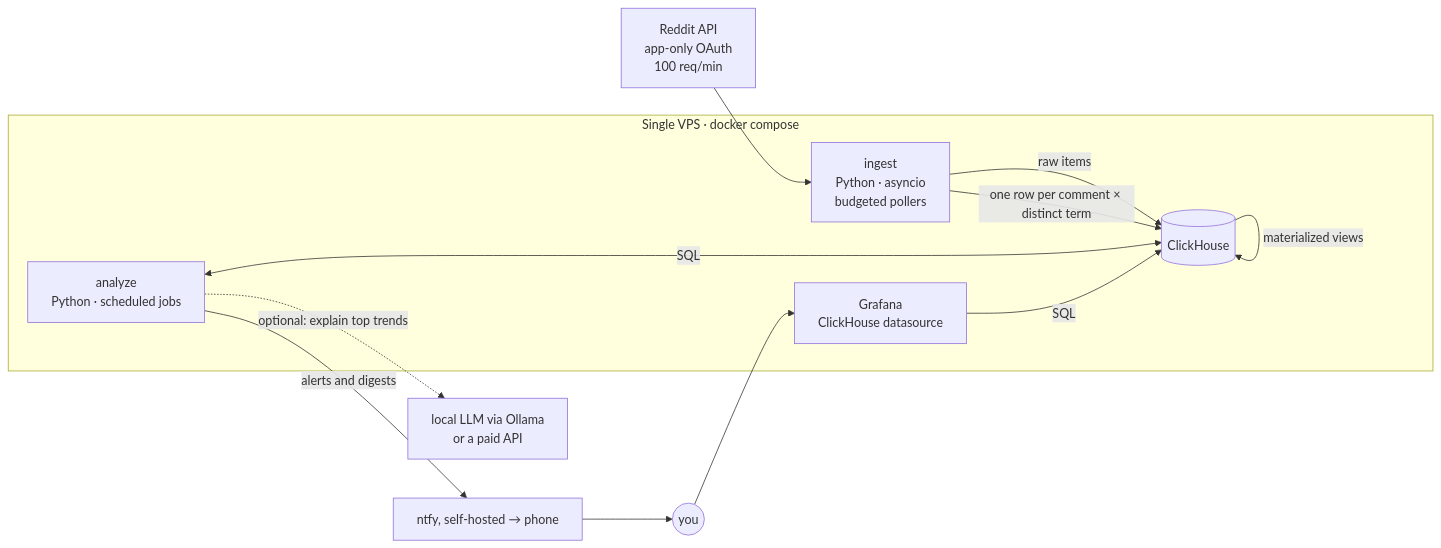
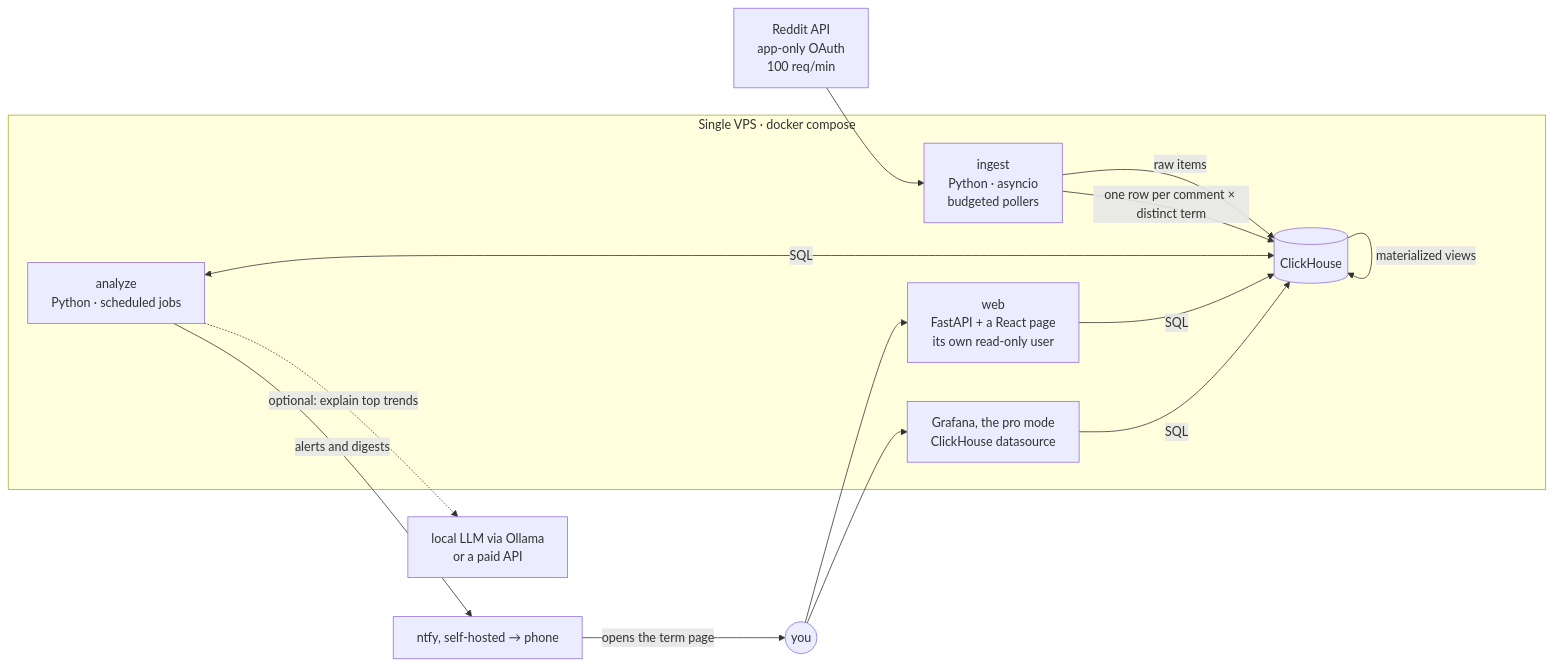
One commit to Keimeno/word-growth-rate-analyzer changed the diagram in docs/ARCHITECTURE.md. Above: the diagram before and after it, drawn with Mermaid. The commit also changed other lines of this file and 4 other files, not shown here.

Commit message:
Web dashboard as built: the plan's status and §17, README's dashboard and development sections with the brand's header and descriptor, ARCHITECTURE's web dashboard, BRAND §11 done but Grafana's colours

````diff
--- a/docs/ARCHITECTURE.md
+++ b/docs/ARCHITECTURE.md
@@ -58,17 +58,19 @@
 ```mermaid
 flowchart LR
   R[Reddit API<br/>app-only OAuth<br/>100 req/min] --> I
 
   subgraph VPS [Single VPS · docker compose]
     I[ingest<br/>Python · asyncio<br/>budgeted pollers] -->|raw items| C[(ClickHouse)]
     I -->|one row per comment × distinct term| C
     C -->|materialized views| C
     A[analyze<br/>Python · scheduled jobs] <-->|SQL| C
-    G[Grafana<br/>ClickHouse datasource] -->|SQL| C
+    W[web<br/>FastAPI + a React page<br/>its own read-only user] -->|SQL| C
+    G[Grafana, the pro mode<br/>ClickHouse datasource] -->|SQL| C
   end
 
   A -->|alerts and digests| N[ntfy, self-hosted → phone]
   A -.->|optional: explain top trends| L[local LLM via Ollama<br/>or a paid API]
-  U((you)) --> G
-  N --> U
+  U((you)) --> W
+  U --> G
+  N -->|opens the term page| U
 ```
````
